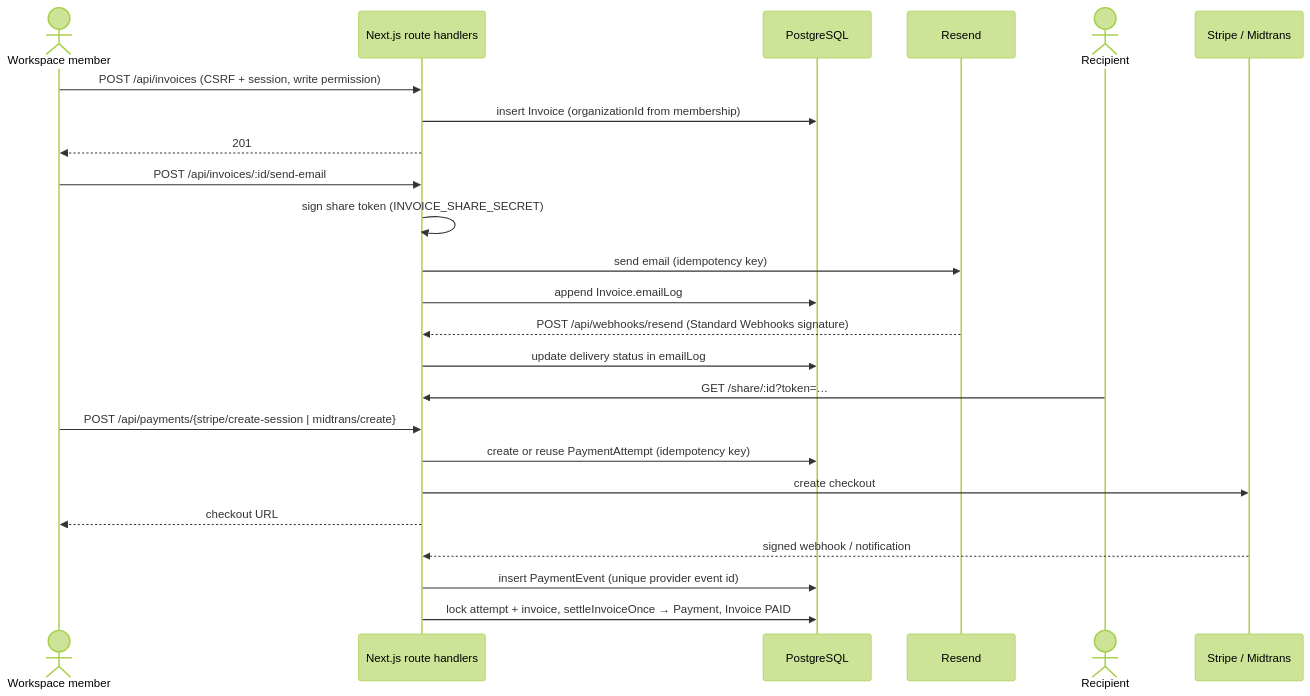
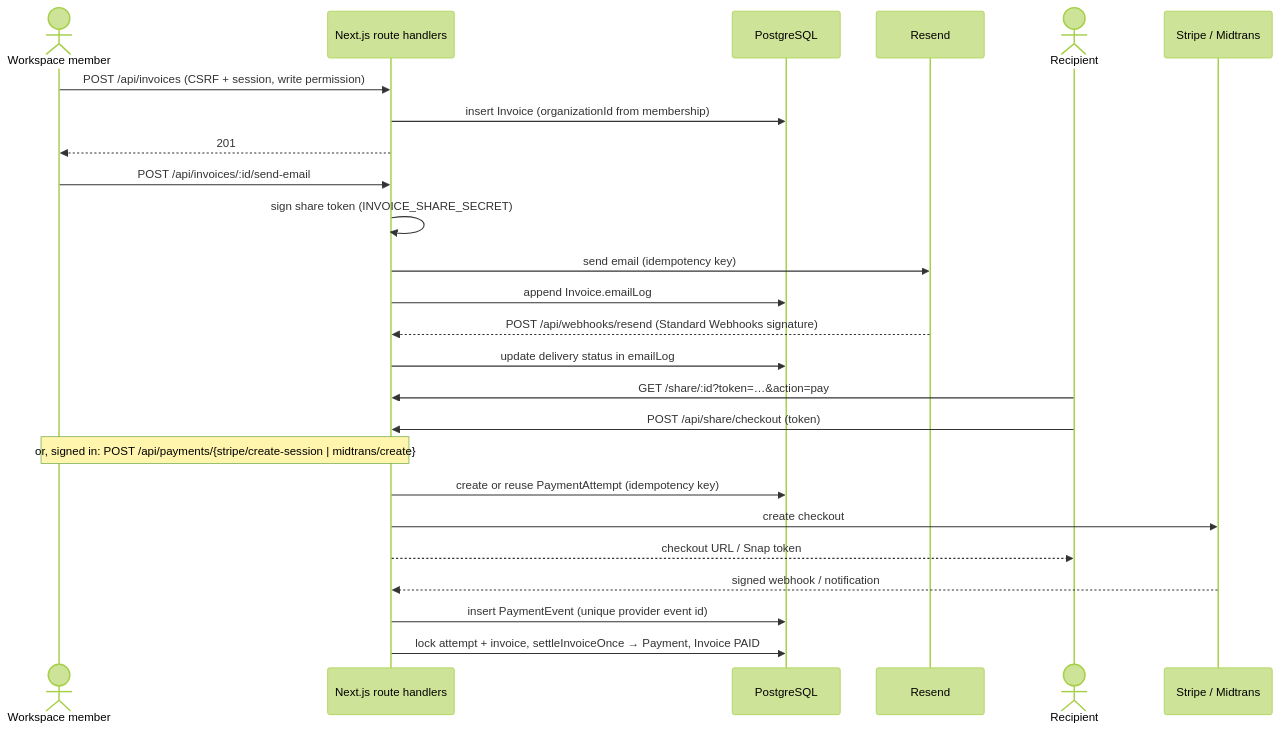
Before and after one commit to noah-isme/invosmart: the second of 5 diagrams in docs/ARCHITECTURE.md, drawn with Mermaid (forest theme). The commit also changed other lines of this file and 3 other files, not shown here.

First line of the commit message:
docs(payments): document the share-link checkout

````diff
--- a/docs/ARCHITECTURE.md
+++ b/docs/ARCHITECTURE.md
@@ -135,27 +135,28 @@
 ```mermaid
 sequenceDiagram
     actor Member as Workspace member
     participant App as Next.js route handlers
     participant DB as PostgreSQL
     participant Resend
     actor Recipient
     participant PSP as Stripe / Midtrans
 
     Member->>App: POST /api/invoices (CSRF + session, write permission)
     App->>DB: insert Invoice (organizationId from membership)
     App-->>Member: 201
     Member->>App: POST /api/invoices/:id/send-email
     App->>App: sign share token (INVOICE_SHARE_SECRET)
     App->>Resend: send email (idempotency key)
     App->>DB: append Invoice.emailLog
     Resend-->>App: POST /api/webhooks/resend (Standard Webhooks signature)
     App->>DB: update delivery status in emailLog
-    Recipient->>App: GET /share/:id?token=…
-    Member->>App: POST /api/payments/{stripe/create-session | midtrans/create}
+    Recipient->>App: GET /share/:id?token=…&action=pay
+    Recipient->>App: POST /api/share/checkout (token)
+    Note over Member,App: or, signed in: POST /api/payments/{stripe/create-session | midtrans/create}
     App->>DB: create or reuse PaymentAttempt (idempotency key)
     App->>PSP: create checkout
-    App-->>Member: checkout URL
+    App-->>Recipient: checkout URL / Snap token
     PSP-->>App: signed webhook / notification
     App->>DB: insert PaymentEvent (unique provider event id)
     App->>DB: lock attempt + invoice, settleInvoiceOnce → Payment, Invoice PAID
 ```
````
